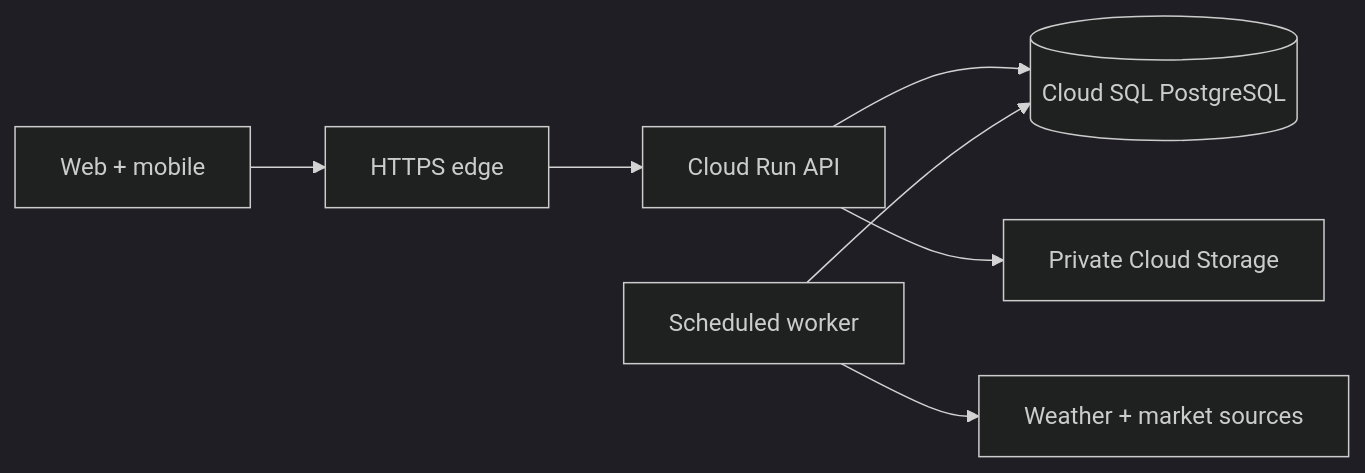
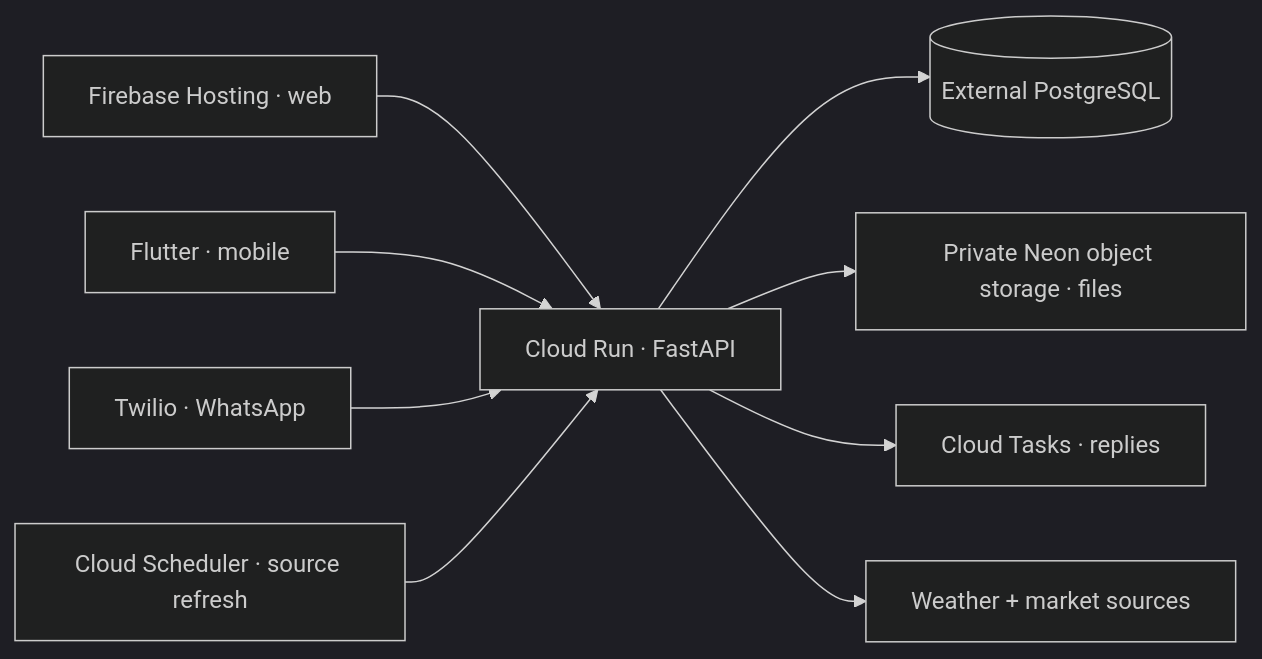
The seventh of 7 diagrams in README.md (vvinayakkk/kisan-mitra-farm-os), drawn with Mermaid (dark theme) before and after one commit. The commit also changed other lines of this file and 65 other files, not shown here.

First line of the commit message:
feat(deploy): connect Firebase identity, Neon storage and Cloud Run workers

````diff
--- a/README.md
+++ b/README.md
@@ -460,9 +460,11 @@
 ```mermaid
 flowchart LR
-    Browser["Web + mobile"] --> HTTPS["HTTPS edge"]
-    HTTPS --> Run["Cloud Run API"]
-    Run --> SQL[("Cloud SQL PostgreSQL")]
-    Run --> Storage["Private Cloud Storage"]
-    Jobs["Scheduled worker"] --> SQL
-    Jobs --> Sources["Weather + market sources"]
+    Web["Firebase Hosting · web"] --> Run["Cloud Run · FastAPI"]
+    Mobile["Flutter · mobile"] --> Run
+    Twilio["Twilio · WhatsApp"] --> Run
+    Run --> Postgres[("External PostgreSQL")]
+    Run --> Files["Private Neon object storage · files"]
+    Run --> Tasks["Cloud Tasks · replies"]
+    Scheduler["Cloud Scheduler · source refresh"] --> Run
+    Run --> Sources["Weather + market sources"]
 ```
````
